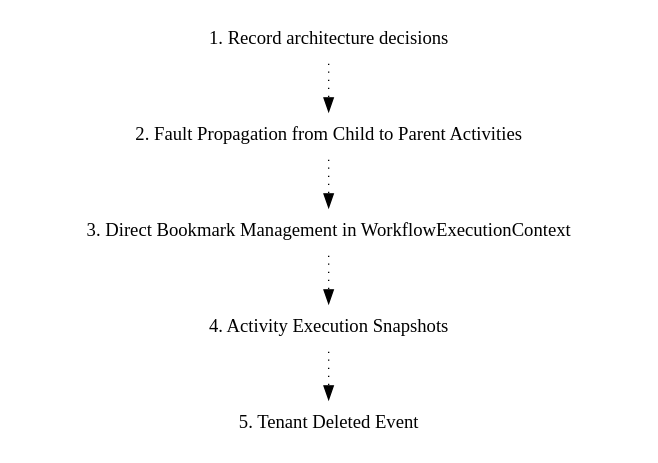
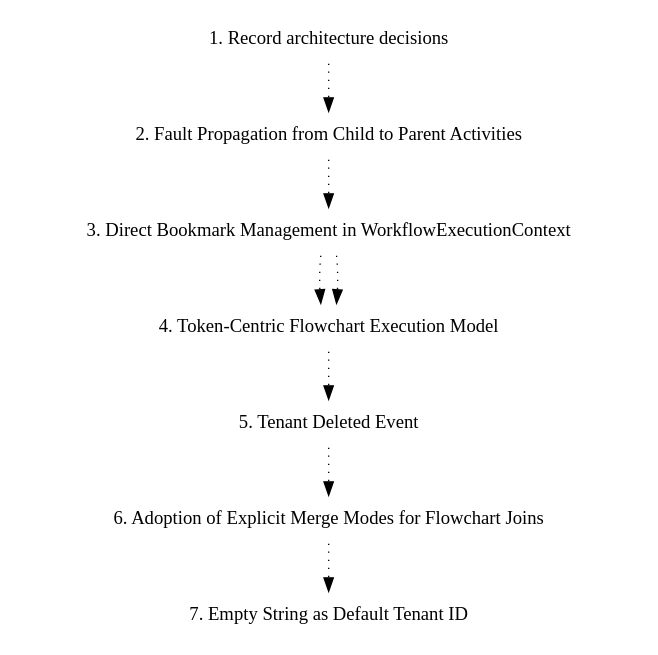
The diagram in doc/adr/graph.dot (elsa-workflows/elsa-core), drawn with Graphviz before and after one commit. The commit also changed 2 other files, not shown here.

Commit message:
Add ADR for adopting empty string as the default tenant ID
- Standardized the tenant ID for the default tenant to use an empty string (`""`) instead of `null`.
- Documented the rationale and migration considerations in ADR 0007.
- Updated ADR table of contents and graph for new entry.

```diff
--- a/doc/adr/graph.dot
+++ b/doc/adr/graph.dot
@@ -1,14 +1,20 @@
 digraph {
-node [shape=plaintext];
-subgraph {
-_1 [label="1. Record architecture decisions"; URL="0001-record-architecture-decisions.html"];
-_2 [label="2. Fault Propagation from Child to Parent Activities"; URL="0002-fault-propagation-from-child-to-parent-activities.html"];
-_1 -> _2 [style="dotted", weight=1];
-_3 [label="3. Direct Bookmark Management in WorkflowExecutionContext"; URL="0003-direct-bookmark-management-in-workflowexecutioncontext.html"];
-_2 -> _3 [style="dotted", weight=1];
-_4 [label="4. Activity Execution Snapshots"; URL="0004-activity-execution-snapshots.html"];
-_3 -> _4 [style="dotted", weight=1];
-_5 [label="5. Tenant Deleted Event"; URL="0005-tenant-deleted-event.html"];
-_4 -> _5 [style="dotted", weight=1];
+  node [shape=plaintext];
+  subgraph {
+    _1 [label="1. Record architecture decisions"; URL="0001-record-architecture-decisions.html"];
+    _2 [label="2. Fault Propagation from Child to Parent Activities"; URL="0002-fault-propagation-from-child-to-parent-activities.html"];
+    _1 -> _2 [style="dotted", weight=1];
+    _3 [label="3. Direct Bookmark Management in WorkflowExecutionContext"; URL="0003-direct-bookmark-management-in-workflowexecutioncontext.html"];
+    _2 -> _3 [style="dotted", weight=1];
+    _4 [label="4. Activity Execution Snapshots"; URL="0004-activity-execution-snapshots.html"];
+    _3 -> _4 [style="dotted", weight=1];
+    _4 [label="4. Token-Centric Flowchart Execution Model"; URL="0004-token-centric-flowchart-execution-model.html"];
+    _3 -> _4 [style="dotted", weight=1];
+    _5 [label="5. Tenant Deleted Event"; URL="0005-tenant-deleted-event.html"];
+    _4 -> _5 [style="dotted", weight=1];
+    _6 [label="6. Adoption of Explicit Merge Modes for Flowchart Joins"; URL="0006-adoption-of-explicit-merge-modes-for-flowchart-joins.html"];
+    _5 -> _6 [style="dotted", weight=1];
+    _7 [label="7. Empty String as Default Tenant ID"; URL="0007-empty-string-as-default-tenant-id.html"];
+    _6 -> _7 [style="dotted", weight=1];
+  }
 }
-}
```
